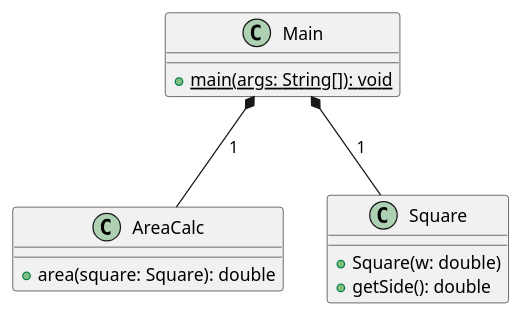
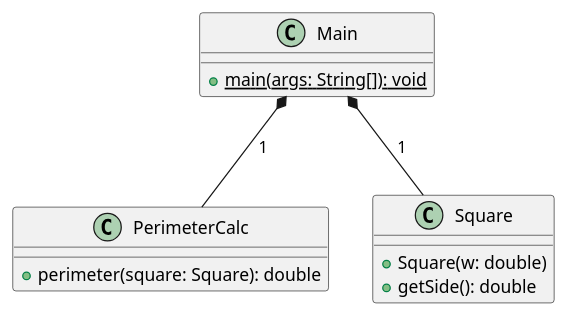
One commit to nicholasnikolov90/ENSF_607_Assignment4 changed the diagram in src/S_Principle/S_Principle.md. Above: the diagram before and after it, drawn with PlantUML. The commit also changed 25 other files, not shown here.

```diff
--- a/src/S_Principle/S_Principle.md
+++ b/src/S_Principle/S_Principle.md
@@ -1,22 +1,22 @@
 @startuml
 
-class AreaCalc{
-+ area(square: Square): double
+class PerimeterCalc{
++ perimeter(square: Square): double
 }
 
 
 
 class Square{
 
 + Square(w: double)
 + getSide(): double
 }
 
 class Main{
 +{static} main(args: String[]): void
 }
 
 
-Main *-- AreaCalc: 1
+Main *-- PerimeterCalc: 1
 Main *-- Square: 1
 @enduml
```
